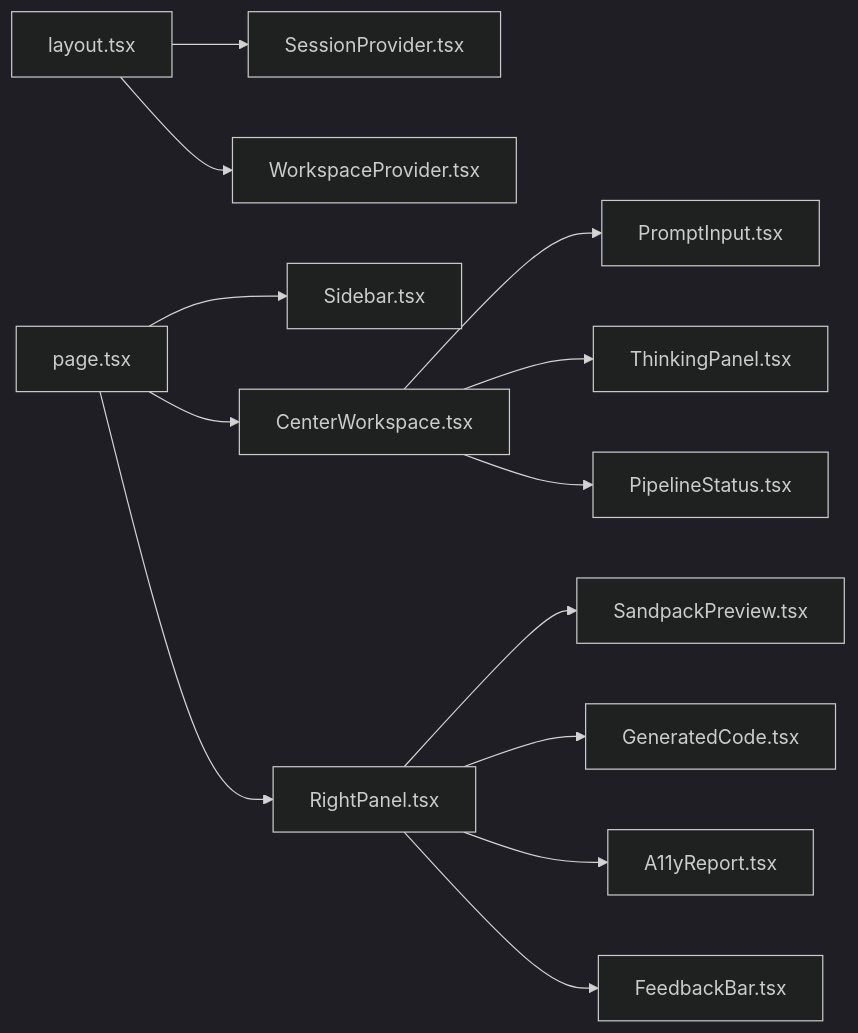
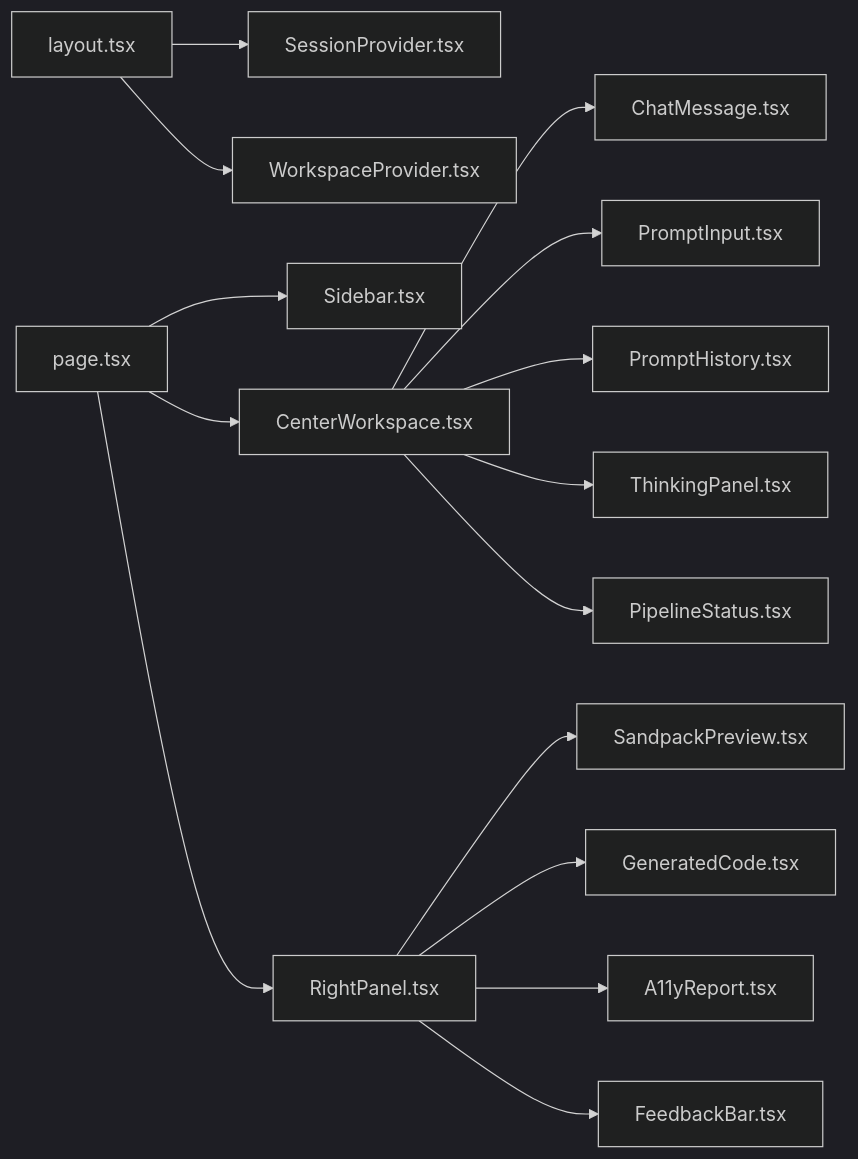
The tenth of 10 diagrams in .qoder/repowiki/en/content/Architecture & Design/Layered Architecture/Presentation Layer.md (shekhargiri005-dotcom/AI-powered-accessibility-first-UI-engine), drawn with Mermaid (dark theme) before and after one commit. The commit also changed other lines of this file and 71 other files, not shown here.

````diff
--- a/.qoder/repowiki/en/content/Architecture & Design/Layered Architecture/Presentation Layer.md
+++ b/.qoder/repowiki/en/content/Architecture & Design/Layered Architecture/Presentation Layer.md
@@ -412,15 +513,17 @@
 ```mermaid
 graph LR
 L["layout.tsx"] --> SP["SessionProvider.tsx"]
 L --> WP["WorkspaceProvider.tsx"]
 P["page.tsx"] --> SB["Sidebar.tsx"]
 P --> CW["CenterWorkspace.tsx"]
 P --> RP["RightPanel.tsx"]
+CW --> CM["ChatMessage.tsx"]
 CW --> PI["PromptInput.tsx"]
+CW --> PH["PromptHistory.tsx"]
 CW --> TP["ThinkingPanel.tsx"]
 CW --> PS["PipelineStatus.tsx"]
 RP --> SPV["SandpackPreview.tsx"]
 RP --> GC["GeneratedCode.tsx"]
 RP --> AR["A11yReport.tsx"]
 RP --> FB["FeedbackBar.tsx"]
 ```
````
